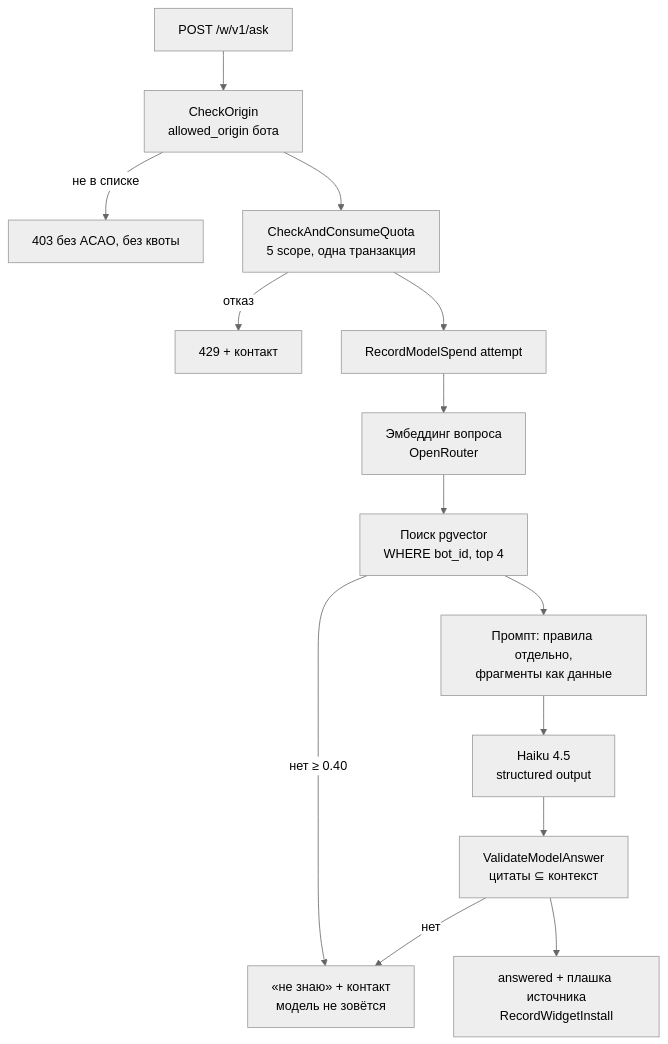
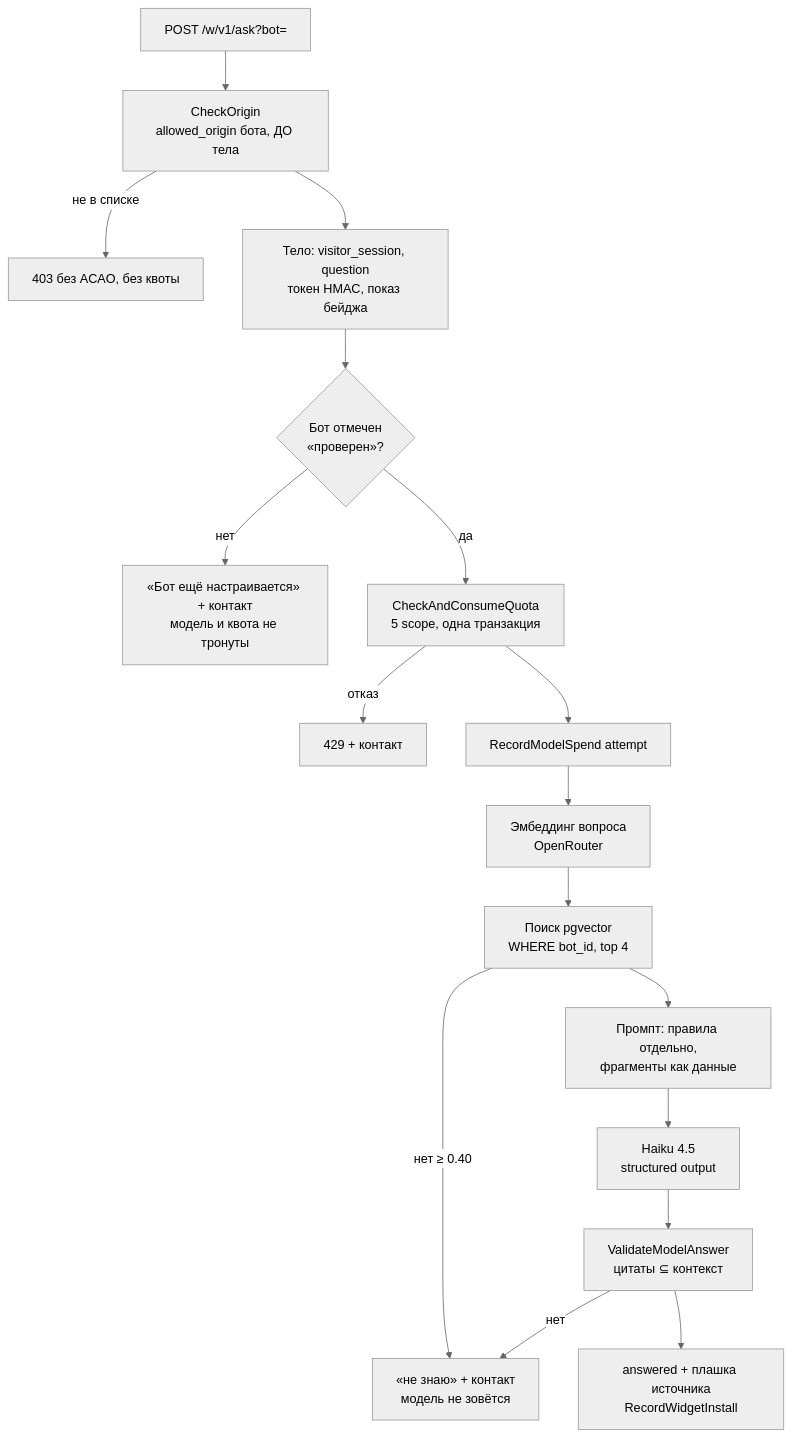
The third of 5 diagrams in projects/06-rag-sales-chatbase/docs/C4_Diagrams.md (djd1m/2026-AUG-PU-Projects), drawn with Mermaid (neutral theme) before and after one commit. The commit also changed other lines of this file and 3 other files, not shown here.

````diff
--- a/projects/06-rag-sales-chatbase/docs/C4_Diagrams.md
+++ b/projects/06-rag-sales-chatbase/docs/C4_Diagrams.md
@@ -59,16 +69,19 @@
 ```mermaid
 flowchart TB
-  A[POST /w/v1/ask] --> B[CheckOrigin<br/>allowed_origin бота]
+  A[POST /w/v1/ask?bot=] --> B[CheckOrigin<br/>allowed_origin бота, ДО тела]
   B -- не в списке --> R403[403 без ACAO, без квоты]
-  B --> C[CheckAndConsumeQuota<br/>5 scope, одна транзакция]
+  B --> T[Тело: visitor_session, question<br/>токен HMAC, показ бейджа]
+  T --> VR{Бот отмечен<br/>«проверен»?}
+  VR -- нет --> NV[«Бот ещё настраивается» + контакт<br/>модель и квота не тронуты]
+  VR -- да --> C[CheckAndConsumeQuota<br/>5 scope, одна транзакция]
   C -- отказ --> RL[429 + контакт]
   C --> D[RecordModelSpend attempt]
   D --> E[Эмбеддинг вопроса<br/>OpenRouter]
   E --> F[Поиск pgvector<br/>WHERE bot_id, top 4]
   F -- нет ≥ 0.40 --> U[«не знаю» + контакт<br/>модель не зовётся]
   F --> G[Промпт: правила отдельно,<br/>фрагменты как данные]
   G --> H[Haiku 4.5<br/>structured output]
   H --> V[ValidateModelAnswer<br/>цитаты ⊆ контекст]
   V -- нет --> U
   V --> OK[answered + плашка источника<br/>RecordWidgetInstall]
 ```
````
